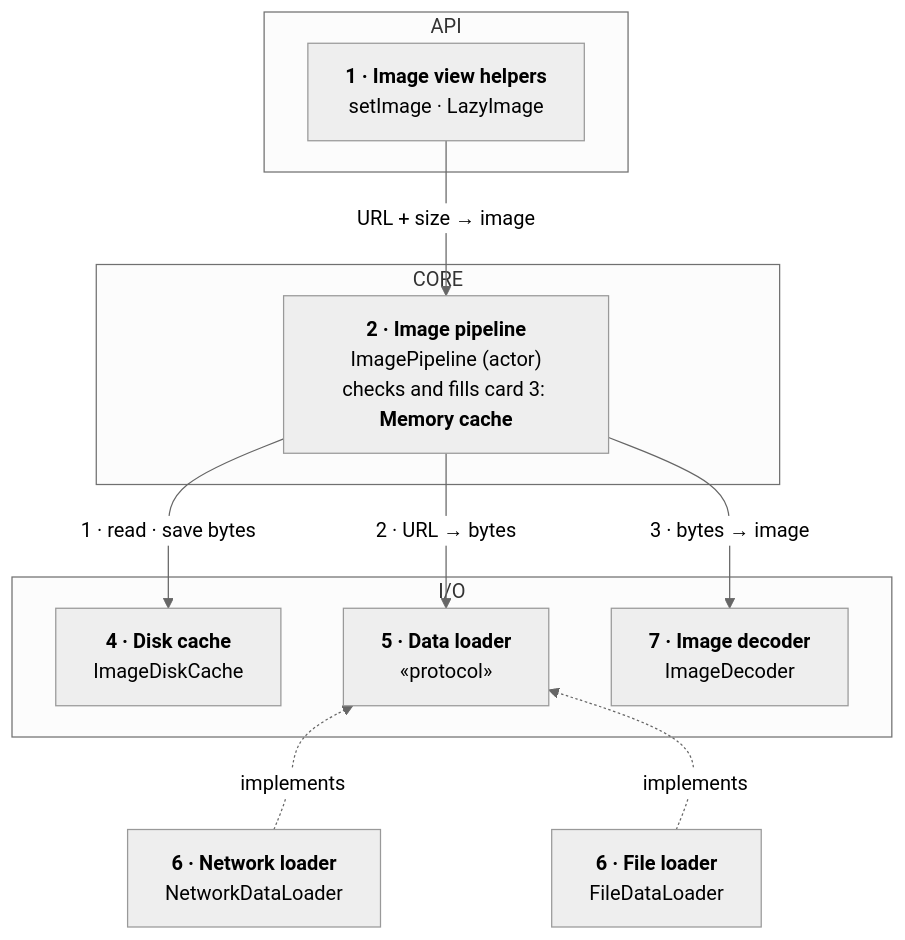
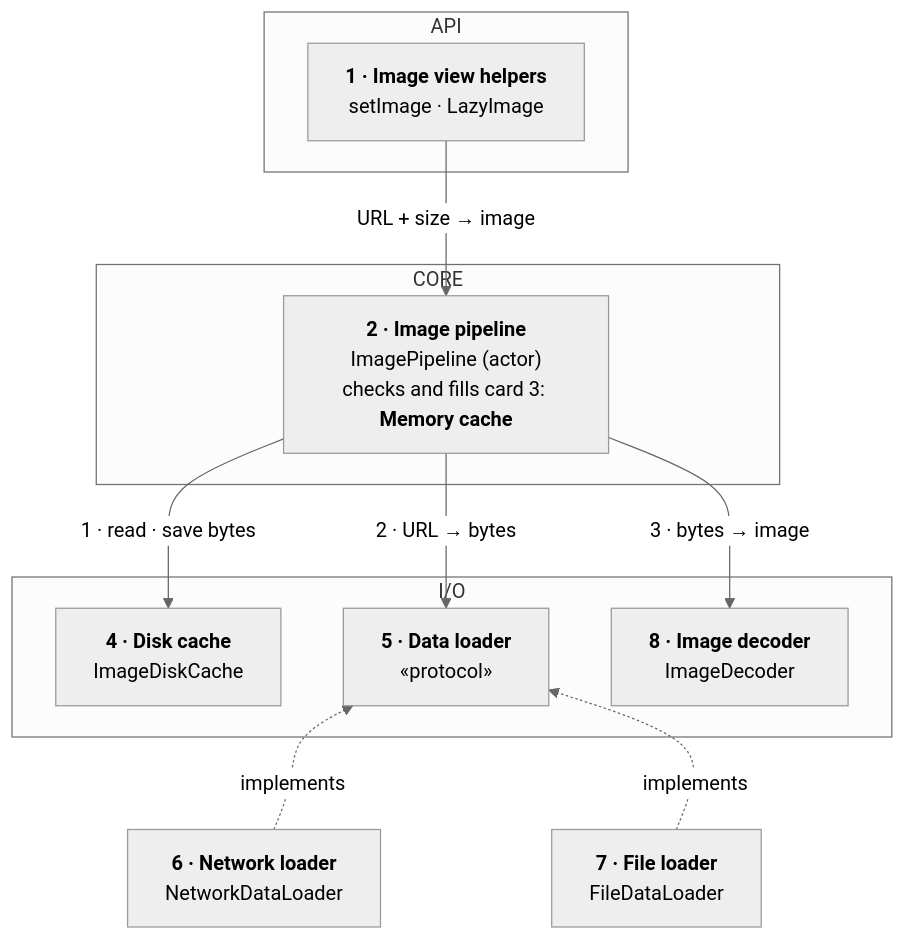
The first of 3 diagrams in topics/system-design/01-image-loading-and-caching-library.md (rezabina86/reference-desk), drawn with Mermaid (neutral theme) before and after one commit. The commit also changed other lines of this file and 6 other files, not shown here.

````diff
--- a/topics/system-design/01-image-loading-and-caching-library.md
+++ b/topics/system-design/01-image-loading-and-caching-library.md
@@ -141,37 +142,37 @@
 ```mermaid
 flowchart TB
   subgraph A["API"]
     Call["`**1 · Image view helpers**
 setImage · LazyImage`"]
   end
   subgraph C["CORE"]
     Pipe["`**2 · Image pipeline**
 ImagePipeline (actor)
 checks and fills card 3: **Memory cache**`"]
   end
   subgraph IO["I/O"]
     Disk["`**4 · Disk cache**
 ImageDiskCache`"]
     Loader["`**5 · Data loader**
 «protocol»`"]
-    Dec["`**7 · Image decoder**
+    Dec["`**8 · Image decoder**
 ImageDecoder`"]
   end
   Net["`**6 · Network loader**
 NetworkDataLoader`"]
-  File["`**6 · File loader**
+  File["`**7 · File loader**
 FileDataLoader`"]
   Call -- "URL + size → image" --> Pipe
   Pipe -- "1 · read · save bytes" --> Disk
   Pipe -- "2 · URL → bytes" --> Loader
   Pipe -- "3 · bytes → image" --> Dec
   Loader ~~~ Net
   Loader ~~~ File
   Net -. "implements" .-> Loader
   File -. "implements" .-> Loader
   class Call pres
   class Pipe dom
   class Disk,Loader,Dec data
   class Net net
   class File data
 ```
````
